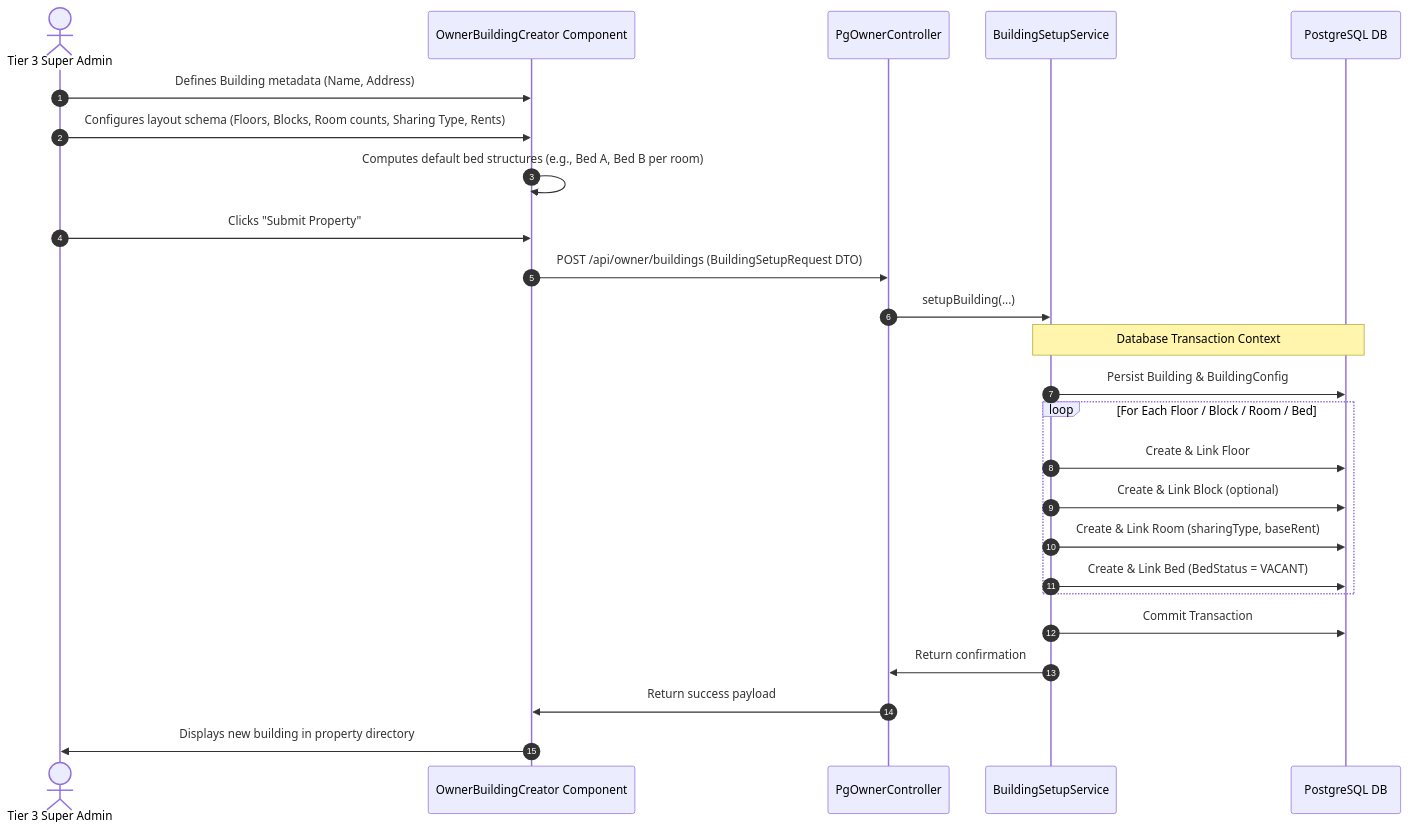
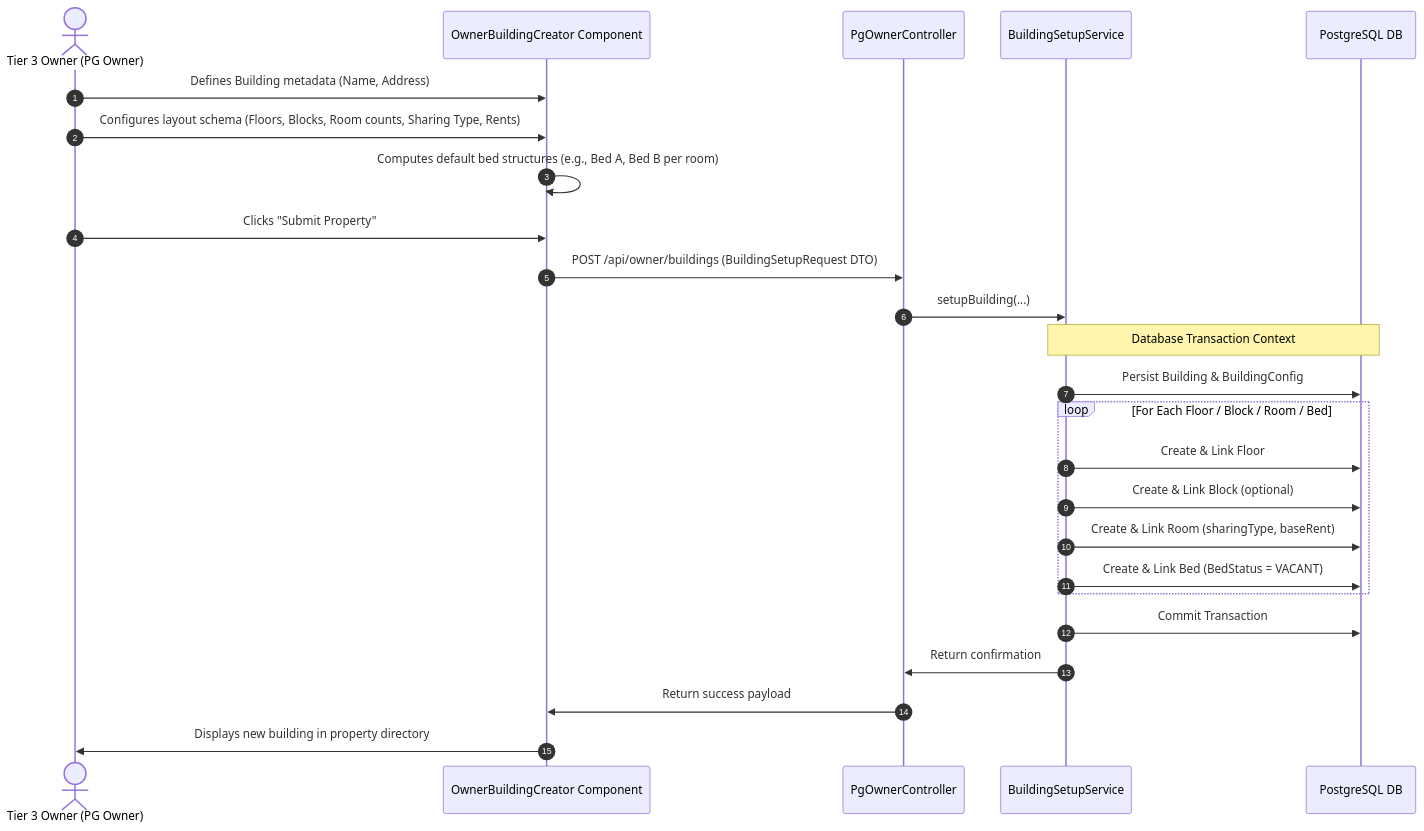
The ninth of 21 diagrams in docs/WORKFLOWS.md (rahul-0906/PG-Project), drawn with Mermaid before and after one commit. The commit also changed other lines of this file and 2 other files, not shown here.

Commit message:
Audit and sync role mappings and boundaries across calculation engine, file architecture, and workflows docs

````diff
--- a/docs/WORKFLOWS.md
+++ b/docs/WORKFLOWS.md
@@ -261,28 +261,28 @@
 ```mermaid
 sequenceDiagram
     autonumber
-    actor SuperAdmin as Tier 3 Super Admin
+    actor SuperAdmin as Tier 3 Owner (PG Owner)
     participant Creator as OwnerBuildingCreator Component
     participant Controller as PgOwnerController
     participant SetupService as BuildingSetupService
     participant DB as PostgreSQL DB
 
     SuperAdmin->>Creator: Defines Building metadata (Name, Address)
     SuperAdmin->>Creator: Configures layout schema (Floors, Blocks, Room counts, Sharing Type, Rents)
     Creator->>Creator: Computes default bed structures (e.g., Bed A, Bed B per room)
     SuperAdmin->>Creator: Clicks "Submit Property"
     Creator->>Controller: POST /api/owner/buildings (BuildingSetupRequest DTO)
     Controller->>SetupService: setupBuilding(...)
     Note over SetupService, DB: Database Transaction Context
     SetupService->>DB: Persist Building & BuildingConfig
     loop For Each Floor / Block / Room / Bed
         SetupService->>DB: Create & Link Floor
         SetupService->>DB: Create & Link Block (optional)
         SetupService->>DB: Create & Link Room (sharingType, baseRent)
         SetupService->>DB: Create & Link Bed (BedStatus = VACANT)
     end
     SetupService->>DB: Commit Transaction
     SetupService->>Controller: Return confirmation
     Controller->>Creator: Return success payload
     Creator->>SuperAdmin: Displays new building in property directory
 ```
````
